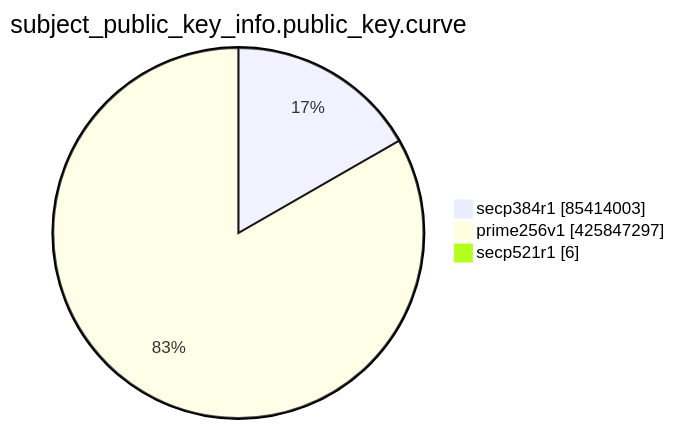
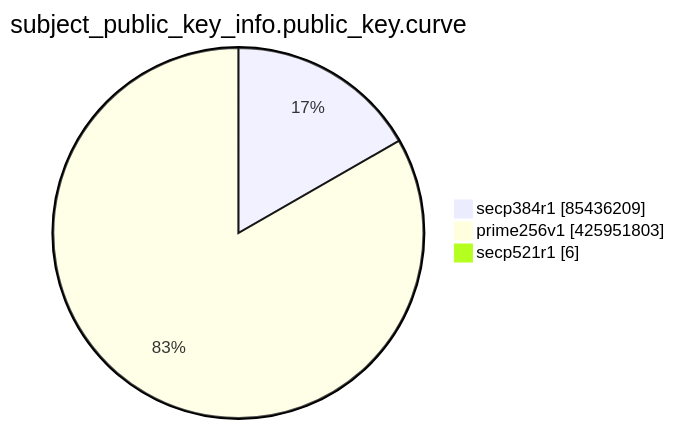
One commit to christiankrug/ctmonitor_visualization changed the eighth of 15 diagrams in TOTAL/README.md. Above: the diagram before and after it, drawn with Mermaid. The commit also changed other lines of this file, not shown here.

````diff
--- a/TOTAL/README.md
+++ b/TOTAL/README.md
@@ -3100,7 +3100,7 @@
 ```mermaid
 pie showData
 title subject_public_key_info.public_key.curve
-"secp384r1" :85414003
-"prime256v1" :425847297
+"secp384r1" :85436209
+"prime256v1" :425951803
 "secp521r1" :6
 ```
````
